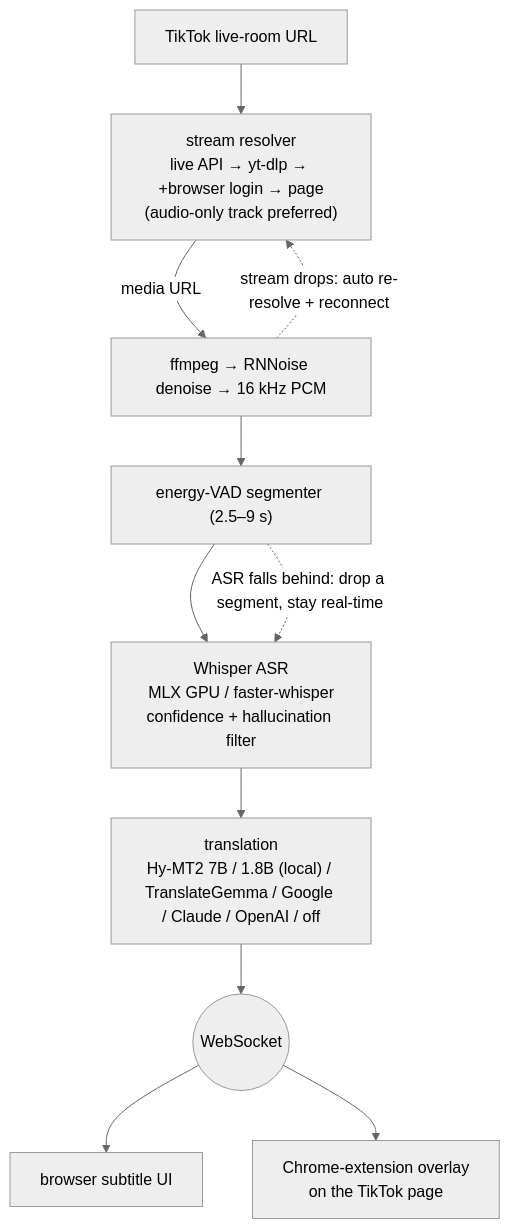
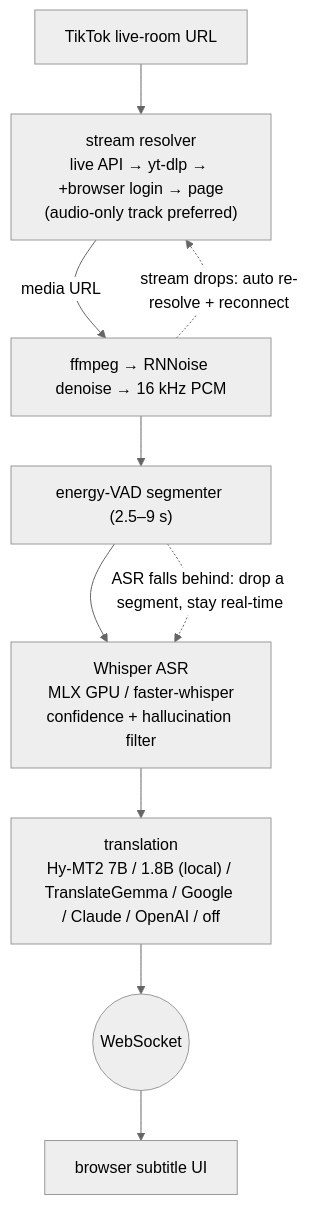
The diagram in README.md (EM917/tiktok-live-translator), drawn with Mermaid (neutral theme) before and after one commit. The commit also changed other lines of this file and 16 other files, not shown here.

````diff
--- a/README.md
+++ b/README.md
@@ -432,13 +421,12 @@
 ```mermaid
 flowchart TD
     URL["TikTok live-room URL"] --> RESOLVE["stream resolver<br/>live API → yt-dlp → +browser login → page<br/>(audio-only track preferred)"]
     RESOLVE -->|"media URL"| FF["ffmpeg → RNNoise denoise → 16 kHz PCM"]
     FF --> VAD["energy-VAD segmenter (2.5–9 s)"]
     VAD --> ASR["Whisper ASR<br/>MLX GPU / faster-whisper<br/>confidence + hallucination filter"]
     ASR --> TR["translation<br/>Hy-MT2 7B / 1.8B (local) / TranslateGemma / Google / Claude / OpenAI / off"]
     TR --> WS(("WebSocket"))
     WS --> UI["browser subtitle UI"]
-    WS --> OV["Chrome-extension overlay<br/>on the TikTok page"]
     FF -.->|"stream drops: auto re-resolve + reconnect"| RESOLVE
     VAD -.->|"ASR falls behind: drop a segment, stay real-time"| ASR
 ```
````
